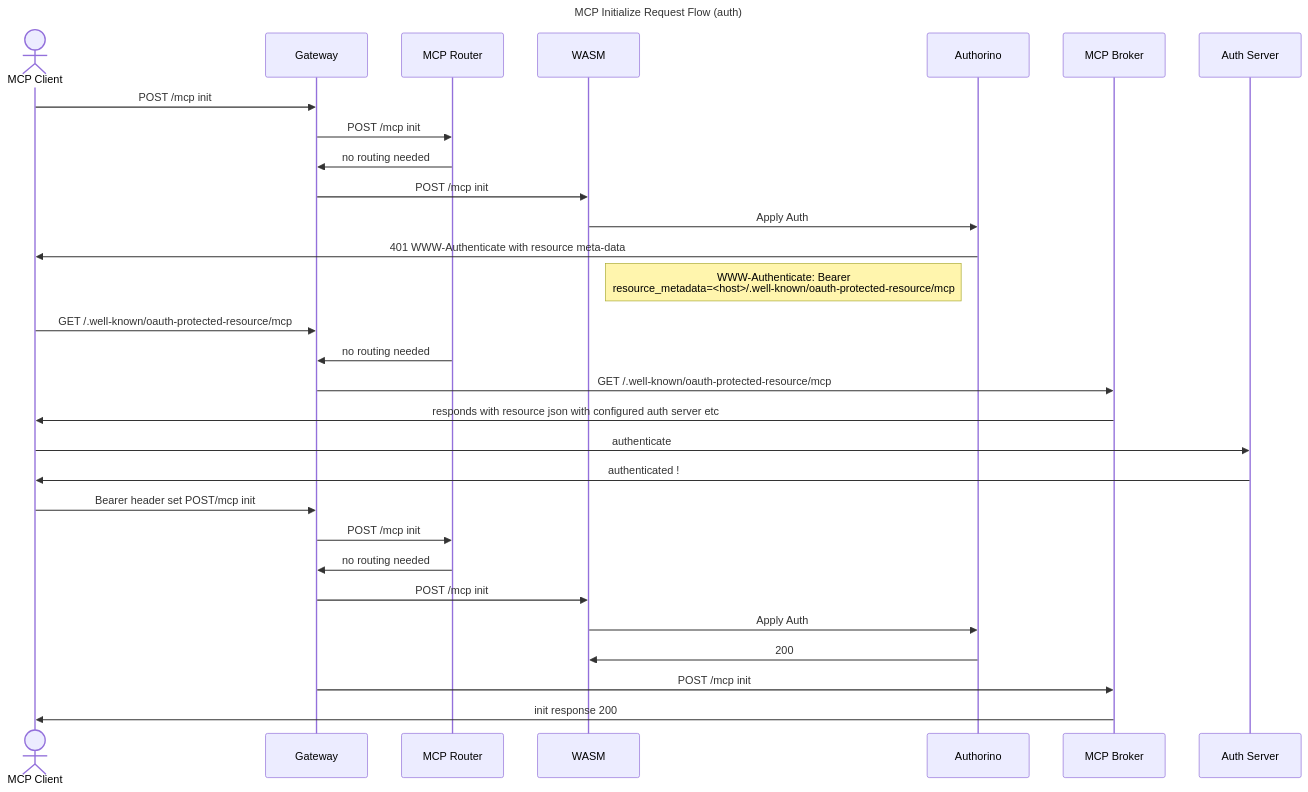
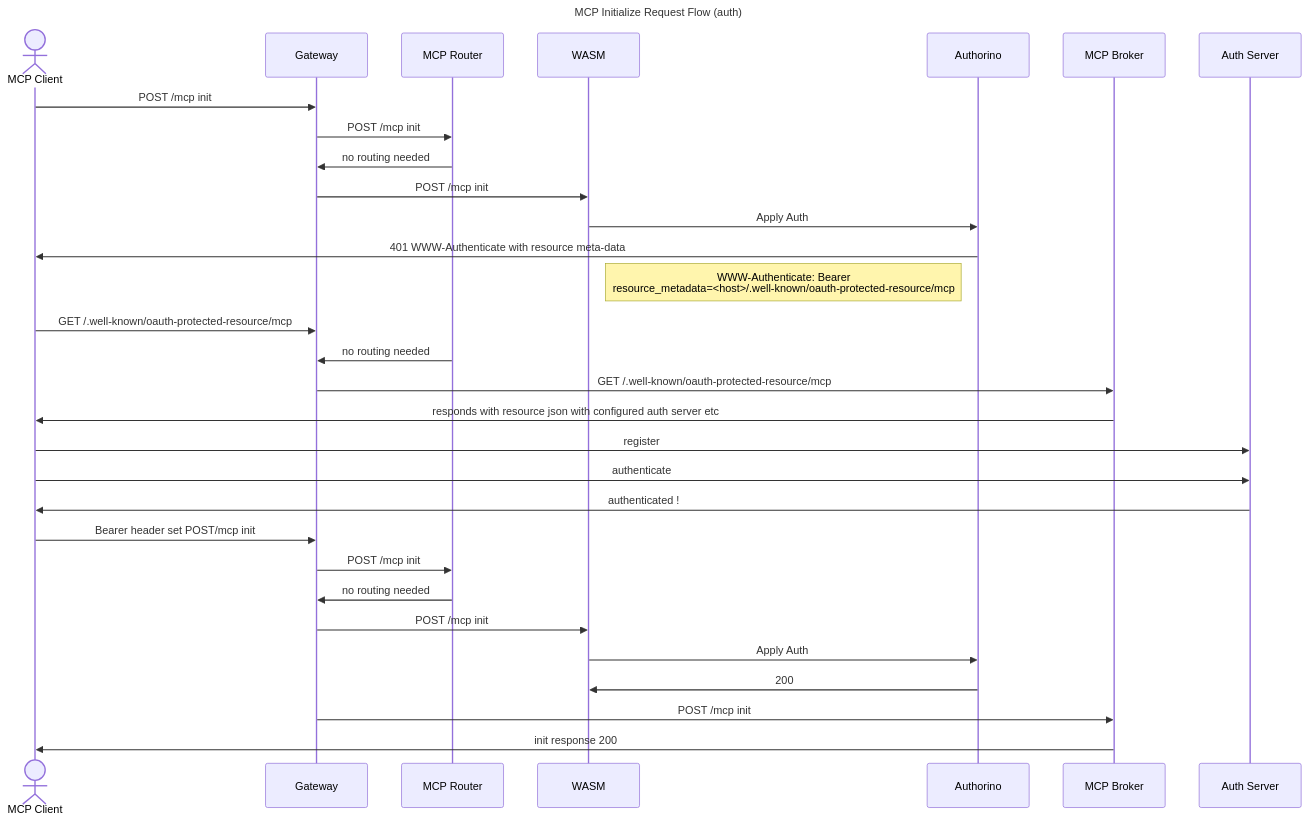
The fifth of 6 diagrams in docs/design/flows.md (kagenti/mcp-gateway), drawn with Mermaid before and after one commit. The commit also changed other lines of this file and 3 other files, not shown here.

Commit message:
draft for MCP gateway auth phase 1

````diff
--- a/docs/design/flows.md
+++ b/docs/design/flows.md
@@ -99,26 +99,27 @@
 ```mermaid
 sequenceDiagram
         title MCP Initialize Request Flow (auth)
         actor MCP Client
         MCP Client->>Gateway: POST /mcp init
         Gateway->>MCP Router: POST /mcp init
         MCP Router->>Gateway: no routing needed
         Gateway->>WASM: POST /mcp init
         WASM->>Authorino: Apply Auth
         Authorino->>MCP Client: 401 WWW-Authenticate with resource meta-data
         note left of Authorino: WWW-Authenticate: Bearer <br/> resource_metadata=<host>/.well-known/oauth-protected-resource/mcp
         MCP Client->>Gateway: GET /.well-known/oauth-protected-resource/mcp
         MCP Router->>Gateway: no routing needed
         Gateway->>MCP Broker: GET /.well-known/oauth-protected-resource/mcp
         MCP Broker->>MCP Client: responds with resource json with configured auth server etc
+        MCP Client->>Auth Server: register
         MCP Client->>Auth Server: authenticate
         Auth Server->>MCP Client: authenticated !
         MCP Client->>Gateway: Bearer header set POST/mcp init
         Gateway->>MCP Router: POST /mcp init
         MCP Router->>Gateway: no routing needed
         Gateway->>WASM: POST /mcp init
         WASM->>Authorino: Apply Auth
         Authorino->>WASM: 200
         Gateway->>MCP Broker: POST /mcp init
         MCP Broker->>MCP Client: init response 200
 ```        
````
